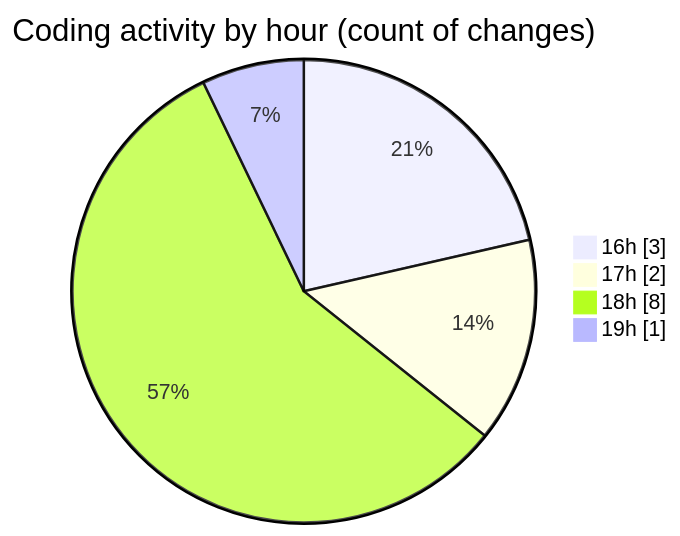
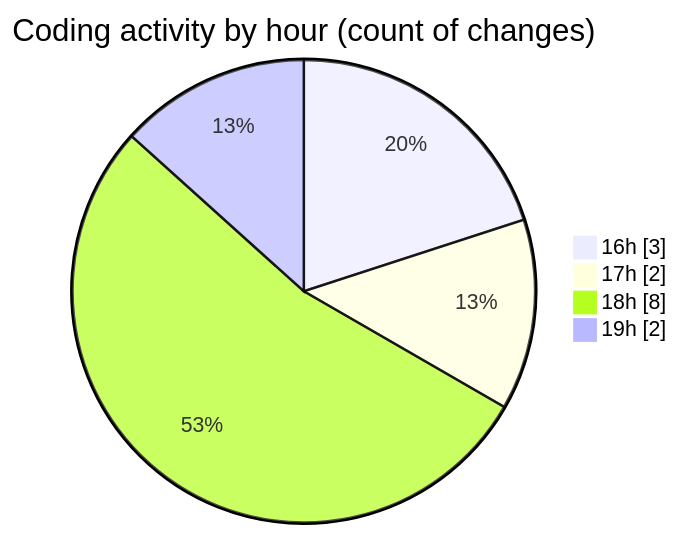
Before and after one commit to NitaiMahat/code-tracking: the second of 2 diagrams in 2025-03-25/startfiles/README.md, drawn with Mermaid. The commit also changed other lines of this file and 1 other file, not shown here.

````diff
--- a/2025-03-25/startfiles/README.md
+++ b/2025-03-25/startfiles/README.md
@@ -29,8 +29,8 @@
 ```mermaid
 pie showData
 title Coding activity by hour (count of changes)
 "16h" : 3
 "17h" : 2
 "18h" : 8
-"19h" : 1
+"19h" : 2
 ```
````
